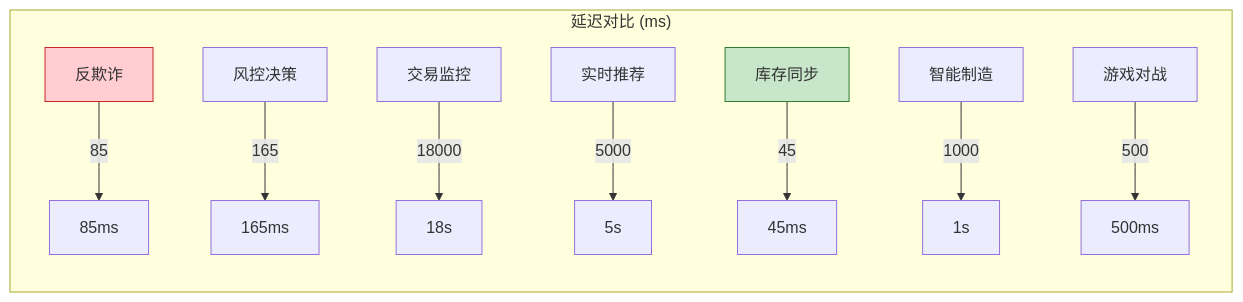
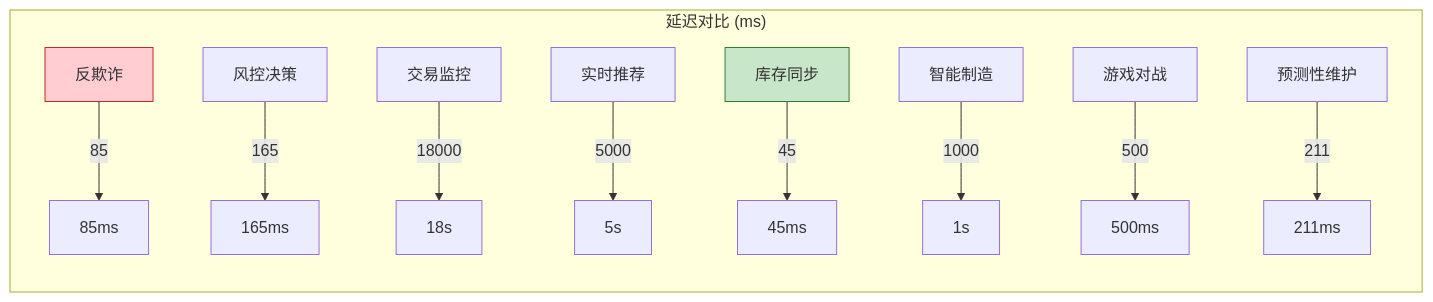
Before and after one commit to AdaMartin18010/AnalysisDataFlow: the diagram in Knowledge/10-case-studies/00-INDEX.md, drawn with Mermaid. The commit also changed other lines of this file and 7 other files, not shown here.

````diff
--- a/Knowledge/10-case-studies/00-INDEX.md
+++ b/Knowledge/10-case-studies/00-INDEX.md
@@ -196,15 +210,16 @@
 ```mermaid
 graph LR
     subgraph "延迟对比 (ms)"
         A[反欺诈] -->|85| A_VAL[85ms]
         B[风控决策] -->|165| B_VAL[165ms]
         C[交易监控] -->|18000| C_VAL[18s]
         D[实时推荐] -->|5000| D_VAL[5s]
         E[库存同步] -->|45| E_VAL[45ms]
         F[智能制造] -->|1000| F_VAL[1s]
         G[游戏对战] -->|500| G_VAL[500ms]
+        H[预测性维护] -->|211| H_VAL[211ms]
     end
 
     style A fill:#ffcdd2,stroke:#c62828
     style E fill:#c8e6c9,stroke:#2e7d32
 ```
````
